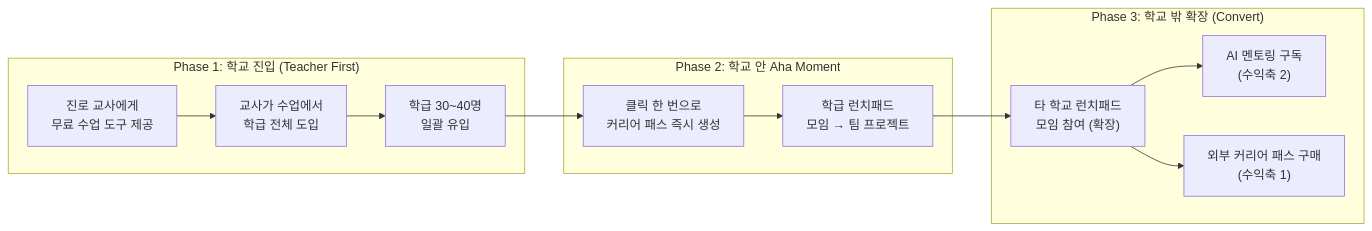
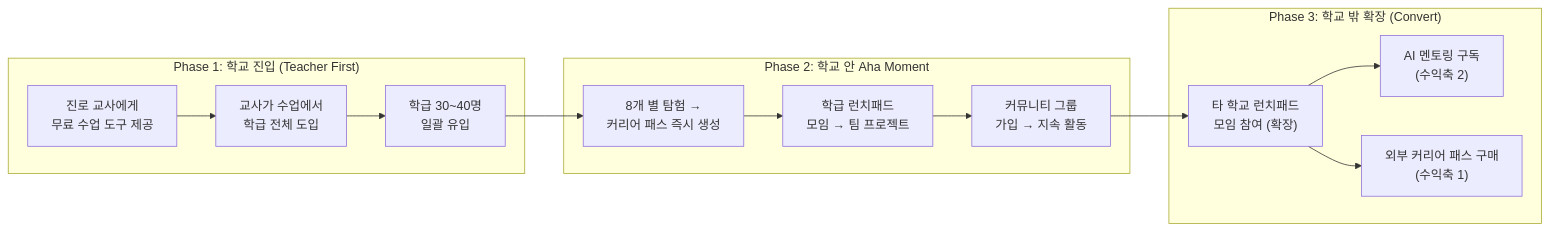
The sixth of 7 diagrams in INVESTMENT_PROPOSAL.md (Collegenie-X/AI-career-path), drawn with Mermaid before and after one commit. The commit also changed other lines of this file and 12 other files, not shown here.

````diff
--- a/INVESTMENT_PROPOSAL.md
+++ b/INVESTMENT_PROPOSAL.md
@@ -700,19 +671,20 @@
 ```mermaid
 graph LR
     subgraph "Phase 1: 학교 진입 (Teacher First)"
         A["진로 교사에게<br/>무료 수업 도구 제공"]
         A --> B["교사가 수업에서<br/>학급 전체 도입"]
         B --> C["학급 30~40명<br/>일괄 유입"]
     end
 
     subgraph "Phase 2: 학교 안 Aha Moment"
-        C --> D["클릭 한 번으로<br/>커리어 패스 즉시 생성"]
+        C --> D["8개 별 탐험 →<br/>커리어 패스 즉시 생성"]
         D --> E["학급 런치패드<br/>모임 → 팀 프로젝트"]
+        E --> F["커뮤니티 그룹<br/>가입 → 지속 활동"]
     end
 
     subgraph "Phase 3: 학교 밖 확장 (Convert)"
-        E --> F["타 학교 런치패드<br/>모임 참여 (확장)"]
-        F --> G["AI 멘토링 구독<br/>(수익축 2)"]
-        F --> H2["외부 커리어 패스 구매<br/>(수익축 1)"]
+        F --> G["타 학교 런치패드<br/>모임 참여 (확장)"]
+        G --> H["AI 멘토링 구독<br/>(수익축 2)"]
+        G --> H2["외부 커리어 패스 구매<br/>(수익축 1)"]
     end
 ```
````
